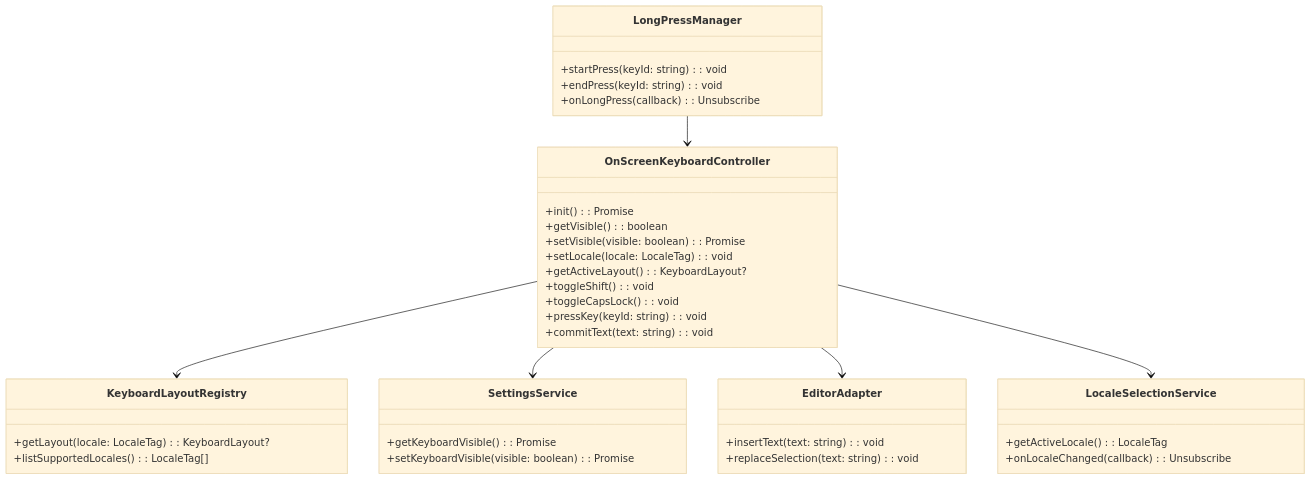
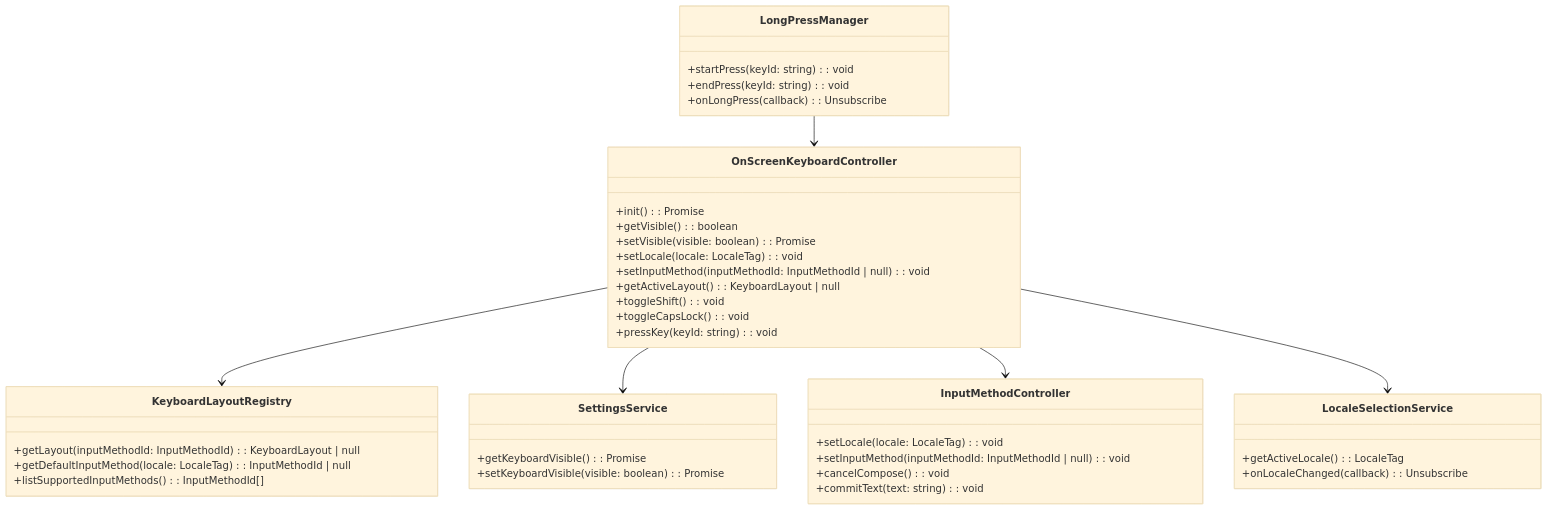
Before and after one commit to TommyKolb/GlossaDocs: the second of 8 diagrams in docs/user-story-3-onscreen-keyboard-spec.md, drawn with Mermaid (base theme). The commit also changed other lines of this file and 5 other files, not shown here.

````diff
--- a/docs/user-story-3-onscreen-keyboard-spec.md
+++ b/docs/user-story-3-onscreen-keyboard-spec.md
@@ -94,46 +98,49 @@
 ```mermaid
 classDiagram
   class OnScreenKeyboardController {
     +init(): Promise<void>
     +getVisible(): boolean
     +setVisible(visible: boolean): Promise<void>
     +setLocale(locale: LocaleTag): void
-    +getActiveLayout(): KeyboardLayout?
+    +setInputMethod(inputMethodId: InputMethodId | null): void
+    +getActiveLayout(): KeyboardLayout | null
     +toggleShift(): void
     +toggleCapsLock(): void
     +pressKey(keyId: string): void
-    +commitText(text: string): void
   }
 
   class KeyboardLayoutRegistry {
-    +getLayout(locale: LocaleTag): KeyboardLayout?
-    +listSupportedLocales(): LocaleTag[]
+    +getLayout(inputMethodId: InputMethodId): KeyboardLayout | null
+    +getDefaultInputMethod(locale: LocaleTag): InputMethodId | null
+    +listSupportedInputMethods(): InputMethodId[]
   }
 
   class LongPressManager {
     +startPress(keyId: string): void
     +endPress(keyId: string): void
     +onLongPress(callback): Unsubscribe
   }
 
   class SettingsService {
     +getKeyboardVisible(): Promise<boolean>
     +setKeyboardVisible(visible: boolean): Promise<void>
   }
 
   class LocaleSelectionService {
     +getActiveLocale(): LocaleTag
     +onLocaleChanged(callback): Unsubscribe
   }
 
-  class EditorAdapter {
-    +insertText(text: string): void
-    +replaceSelection(text: string): void
+  class InputMethodController {
+    +setLocale(locale: LocaleTag): void
+    +setInputMethod(inputMethodId: InputMethodId | null): void
+    +cancelCompose(): void
+    +commitText(text: string): void
   }
 
   OnScreenKeyboardController --> KeyboardLayoutRegistry
   OnScreenKeyboardController --> SettingsService
-  OnScreenKeyboardController --> EditorAdapter
+  OnScreenKeyboardController --> InputMethodController
   OnScreenKeyboardController --> LocaleSelectionService
   LongPressManager --> OnScreenKeyboardController
 ```
````
